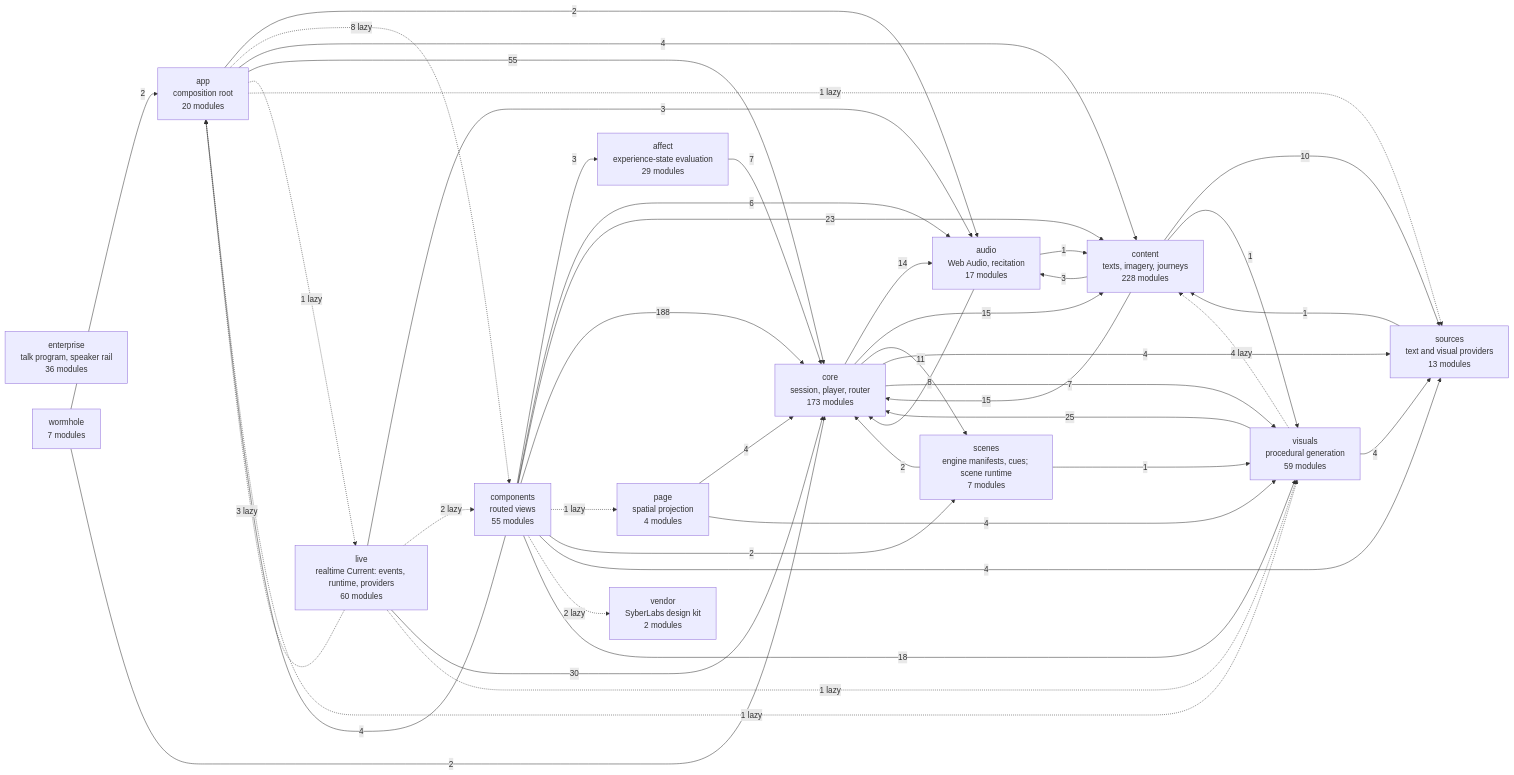
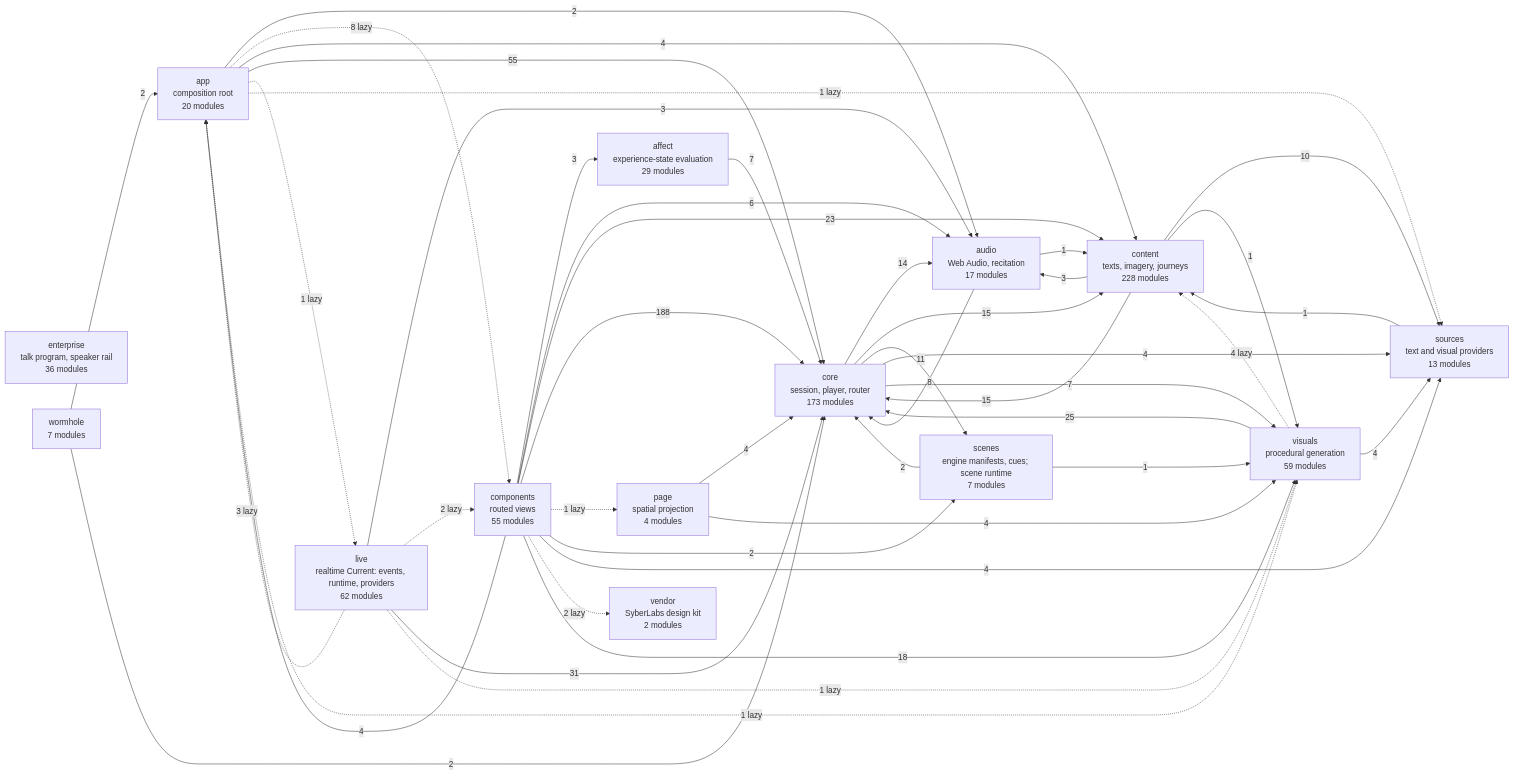
The diagram in docs/specs/ARCHITECTURE.md (SyberLabs/RISE), drawn with Mermaid before and after one commit. The commit also changed 37 other files, not shown here.

````diff
--- a/docs/specs/ARCHITECTURE.md
+++ b/docs/specs/ARCHITECTURE.md
@@ -161,62 +161,62 @@
 ```mermaid
 flowchart LR
     affect["affect<br/>experience-state evaluation<br/>29 modules"]
     app["app<br/>composition root<br/>20 modules"]
     audio["audio<br/>Web Audio, recitation<br/>17 modules"]
     components["components<br/>routed views<br/>55 modules"]
     content["content<br/>texts, imagery, journeys<br/>228 modules"]
     core["core<br/>session, player, router<br/>173 modules"]
     enterprise["enterprise<br/>talk program, speaker rail<br/>36 modules"]
-    live["live<br/>realtime Current: events, runtime, providers<br/>60 modules"]
+    live["live<br/>realtime Current: events, runtime, providers<br/>62 modules"]
     page["page<br/>spatial projection<br/>4 modules"]
     scenes["scenes<br/>engine manifests, cues; scene runtime<br/>7 modules"]
     sources["sources<br/>text and visual providers<br/>13 modules"]
     vendor["vendor<br/>SyberLabs design kit<br/>2 modules"]
     visuals["visuals<br/>procedural generation<br/>59 modules"]
     wormhole["wormhole<br/>7 modules"]
 
     affect --> |7| core
     app --> |2| audio
     app -.-> |8 lazy| components
     app --> |4| content
     app --> |55| core
     app -.-> |1 lazy| live
     app -.-> |1 lazy| sources
     app -.-> |1 lazy| visuals
     audio --> |1| content
     audio --> |8| core
     components --> |3| affect
     components --> |4| app
     components --> |6| audio
     components --> |23| content
     components --> |188| core
     components -.-> |1 lazy| page
     components --> |2| scenes
     components --> |4| sources
     components -.-> |2 lazy| vendor
     components --> |18| visuals
     content --> |3| audio
     content --> |15| core
     content --> |10| sources
     content --> |1| visuals
     core --> |14| audio
     core --> |15| content
     core --> |11| scenes
     core --> |4| sources
     core --> |7| visuals
     live -.-> |3 lazy| app
     live --> |3| audio
     live -.-> |2 lazy| components
-    live --> |30| core
+    live --> |31| core
     live -.-> |1 lazy| visuals
     page --> |4| core
     page --> |4| visuals
     scenes --> |2| core
     scenes --> |1| visuals
     sources --> |1| content
     visuals -.-> |4 lazy| content
     visuals --> |25| core
     visuals --> |4| sources
     wormhole --> |2| app
     wormhole --> |2| core
 ```
````
